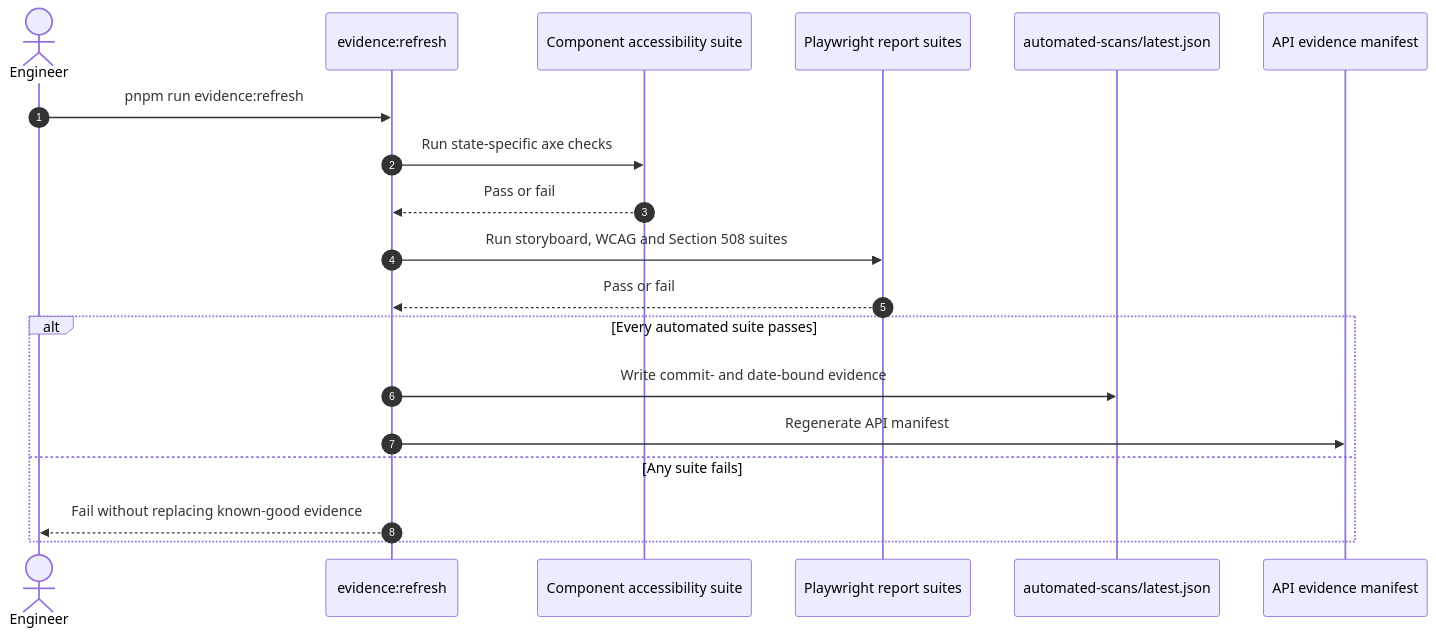
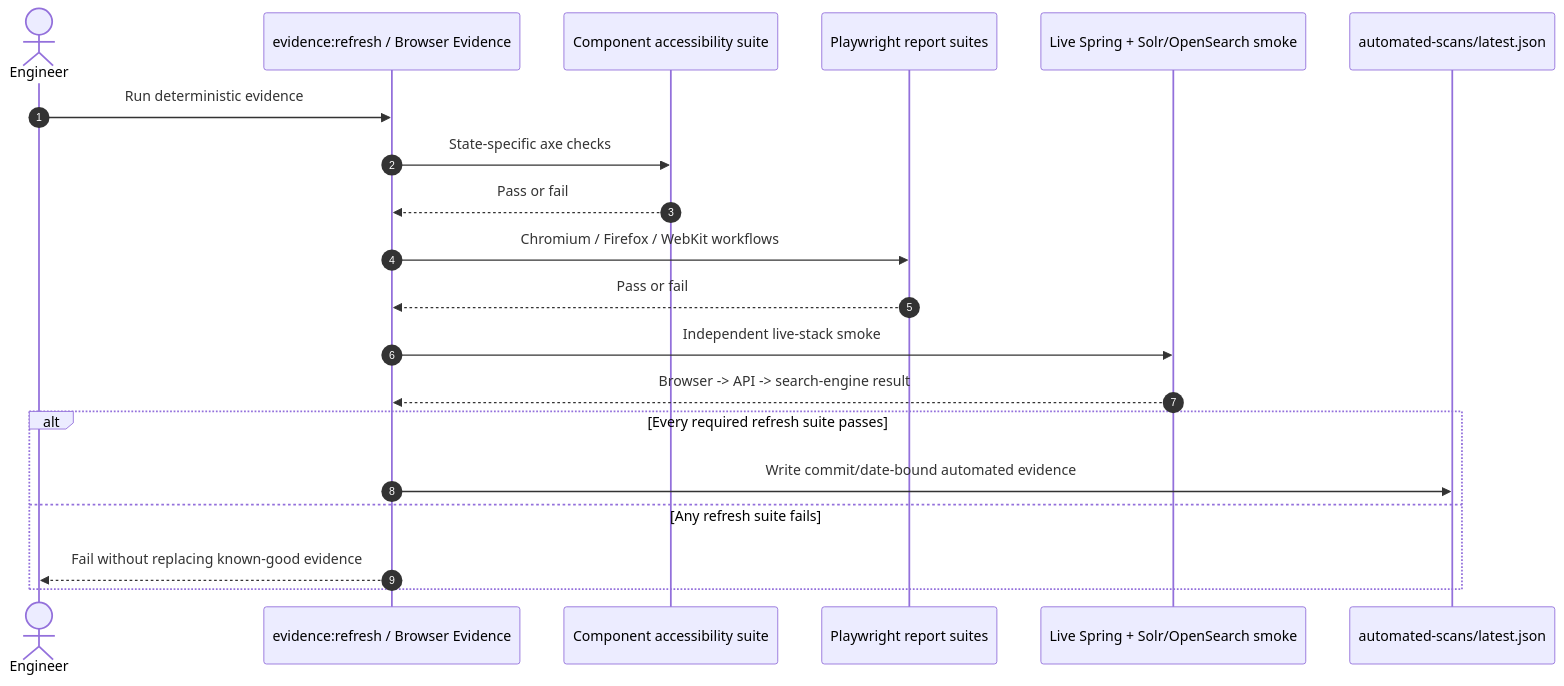
Before and after one commit to JeffreySanford/civics-research-repository: the ninth of 9 diagrams in documentation/architecture-diagrams.md, drawn with Mermaid. The commit also changed other lines of this file, not shown here.

Commit message:
docs: update architecture diagrams for federated discovery

````diff
--- a/documentation/architecture-diagrams.md
+++ b/documentation/architecture-diagrams.md
@@ -163,22 +253,23 @@
 ```mermaid
 sequenceDiagram
     autonumber
     actor engineer as Engineer
-    participant refresh as evidence:refresh
+    participant refresh as evidence:refresh / Browser Evidence
     participant component as Component accessibility suite
     participant browser as Playwright report suites
+    participant live as Live Spring + Solr/OpenSearch smoke
     participant record as automated-scans/latest.json
-    participant manifest as API evidence manifest
 
-    engineer->>refresh: pnpm run evidence:refresh
-    refresh->>component: Run state-specific axe checks
+    engineer->>refresh: Run deterministic evidence
+    refresh->>component: State-specific axe checks
     component-->>refresh: Pass or fail
-    refresh->>browser: Run storyboard, WCAG and Section 508 suites
+    refresh->>browser: Chromium / Firefox / WebKit workflows
     browser-->>refresh: Pass or fail
-    alt Every automated suite passes
-        refresh->>record: Write commit- and date-bound evidence
-        refresh->>manifest: Regenerate API manifest
-    else Any suite fails
+    refresh->>live: Independent live-stack smoke
+    live-->>refresh: Browser -> API -> search-engine result
+    alt Every required refresh suite passes
+        refresh->>record: Write commit/date-bound automated evidence
+    else Any refresh suite fails
         refresh-->>engineer: Fail without replacing known-good evidence
     end
 ```
````
